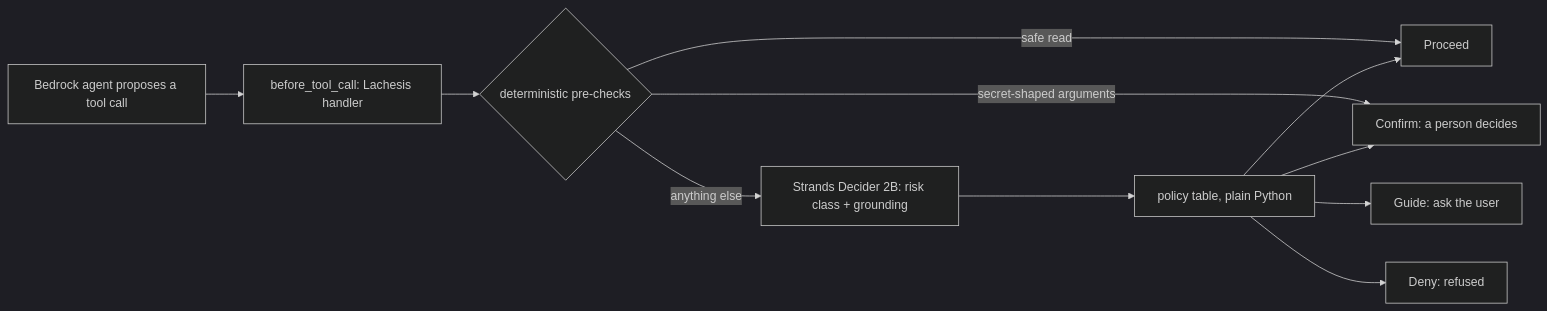
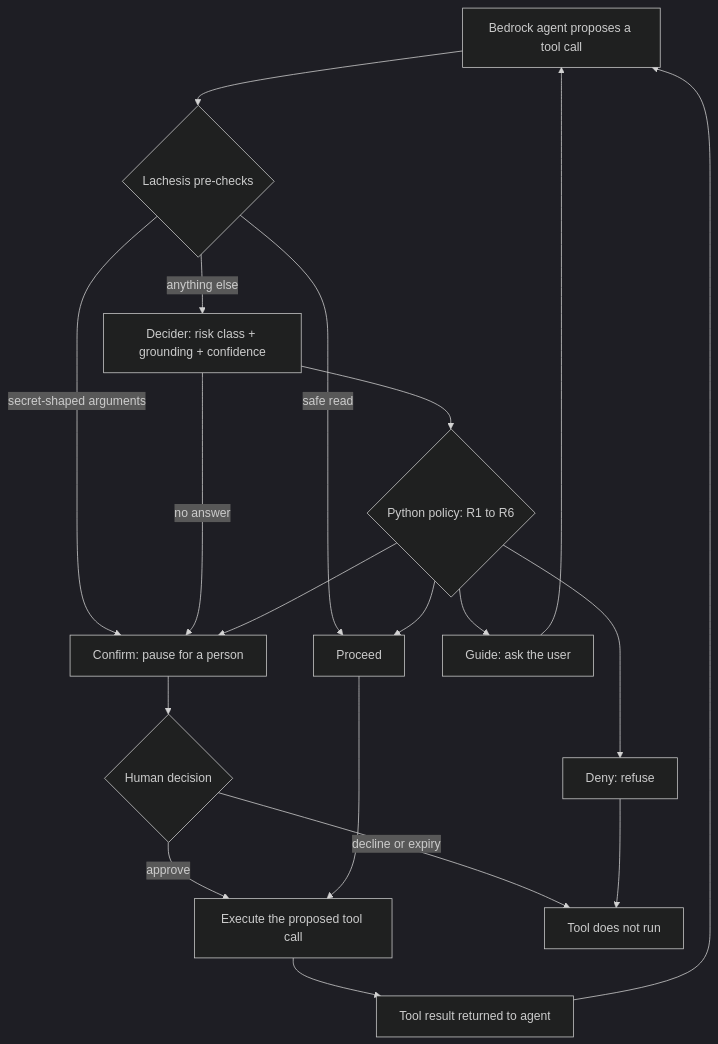
Before and after one commit to upgradedev/lachesis-guard: the first of 3 diagrams in README.md, drawn with Mermaid (dark theme). The commit also changed other lines of this file and 6 other files, not shown here.

````diff
--- a/README.md
+++ b/README.md
@@ -73,13 +66,21 @@
 ```mermaid
-flowchart LR
-    A["Bedrock agent proposes a tool call"] --> B["before_tool_call: Lachesis handler"]
-    B --> C{"deterministic pre-checks"}
-    C -->|safe read| P["Proceed"]
-    C -->|secret-shaped arguments| H["Confirm: a person decides"]
-    C -->|anything else| D["Strands Decider 2B: risk class + grounding"]
-    D --> T["policy table, plain Python"]
+flowchart TD
+    A["Bedrock agent proposes a tool call"] --> B{"Lachesis pre-checks"}
+    B -->|safe read| P["Proceed"]
+    B -->|secret-shaped arguments| C["Confirm: pause for a person"]
+    B -->|anything else| D["Decider: risk class + grounding + confidence"]
+    D --> T{"Python policy: R1 to R6"}
+    D -->|no answer| C
     T --> P
+    T --> C
     T --> G["Guide: ask the user"]
-    T --> H
-    T --> X["Deny: refused"]
+    T --> X["Deny: refuse"]
+    C --> H{"Human decision"}
+    H -->|approve| E["Execute the proposed tool call"]
+    H -->|decline or expiry| S["Tool does not run"]
+    P --> E
+    X --> S
+    G --> A
+    E --> R["Tool result returned to agent"]
+    R --> A
 ```
````
